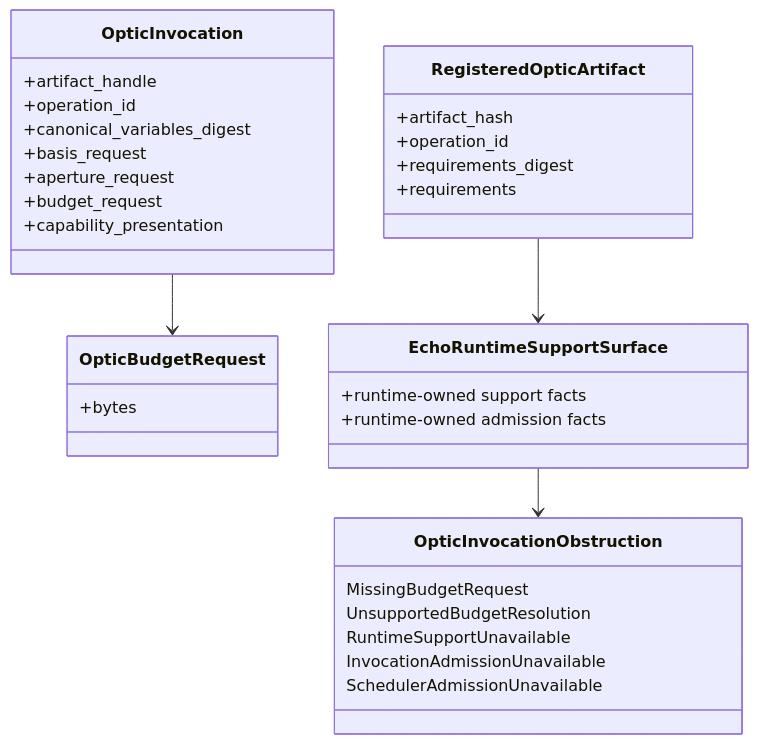
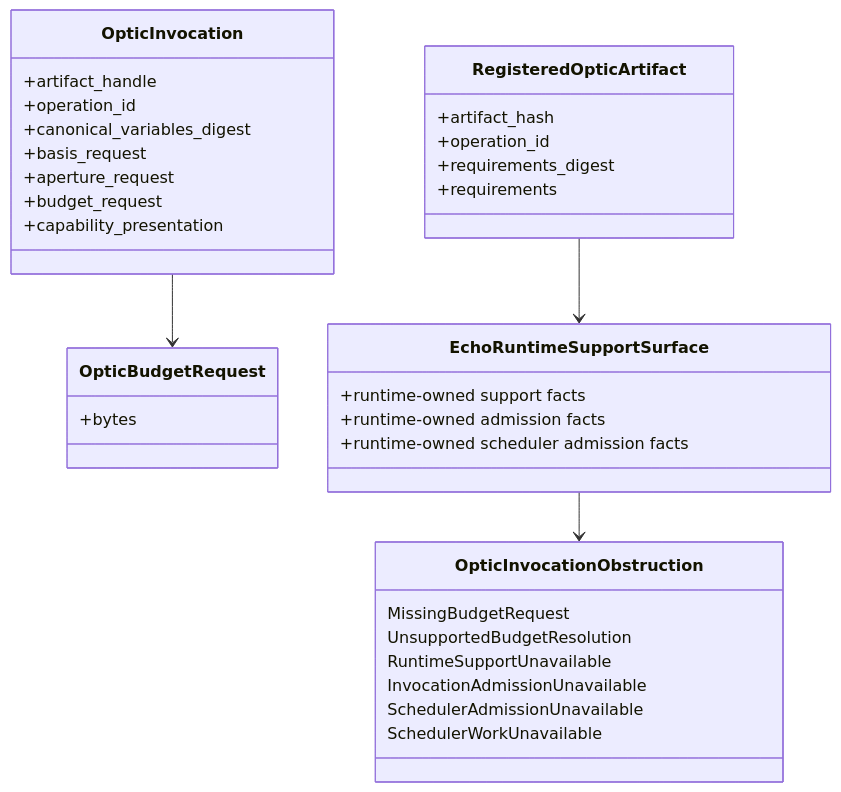
The third of 4 diagrams in docs/design/budget-and-runtime-support-optic-admission.md (flyingrobots/echo), drawn with Mermaid before and after one commit. The commit also changed other lines of this file and 2 other files, not shown here.

Commit message:
docs: record scheduler admission v0 boundary

````diff
--- a/docs/design/budget-and-runtime-support-optic-admission.md
+++ b/docs/design/budget-and-runtime-support-optic-admission.md
@@ -153,40 +160,42 @@
 ```mermaid
 classDiagram
   class OpticInvocation {
     +artifact_handle
     +operation_id
     +canonical_variables_digest
     +basis_request
     +aperture_request
     +budget_request
     +capability_presentation
   }
 
   class OpticBudgetRequest {
     +bytes
   }
 
   class OpticInvocationObstruction {
     MissingBudgetRequest
     UnsupportedBudgetResolution
     RuntimeSupportUnavailable
     InvocationAdmissionUnavailable
     SchedulerAdmissionUnavailable
+    SchedulerWorkUnavailable
   }
 
   class RegisteredOpticArtifact {
     +artifact_hash
     +operation_id
     +requirements_digest
     +requirements
   }
 
   class EchoRuntimeSupportSurface {
     +runtime-owned support facts
     +runtime-owned admission facts
+    +runtime-owned scheduler admission facts
   }
 
   OpticInvocation --> OpticBudgetRequest
   RegisteredOpticArtifact --> EchoRuntimeSupportSurface
   EchoRuntimeSupportSurface --> OpticInvocationObstruction
 ```
````
